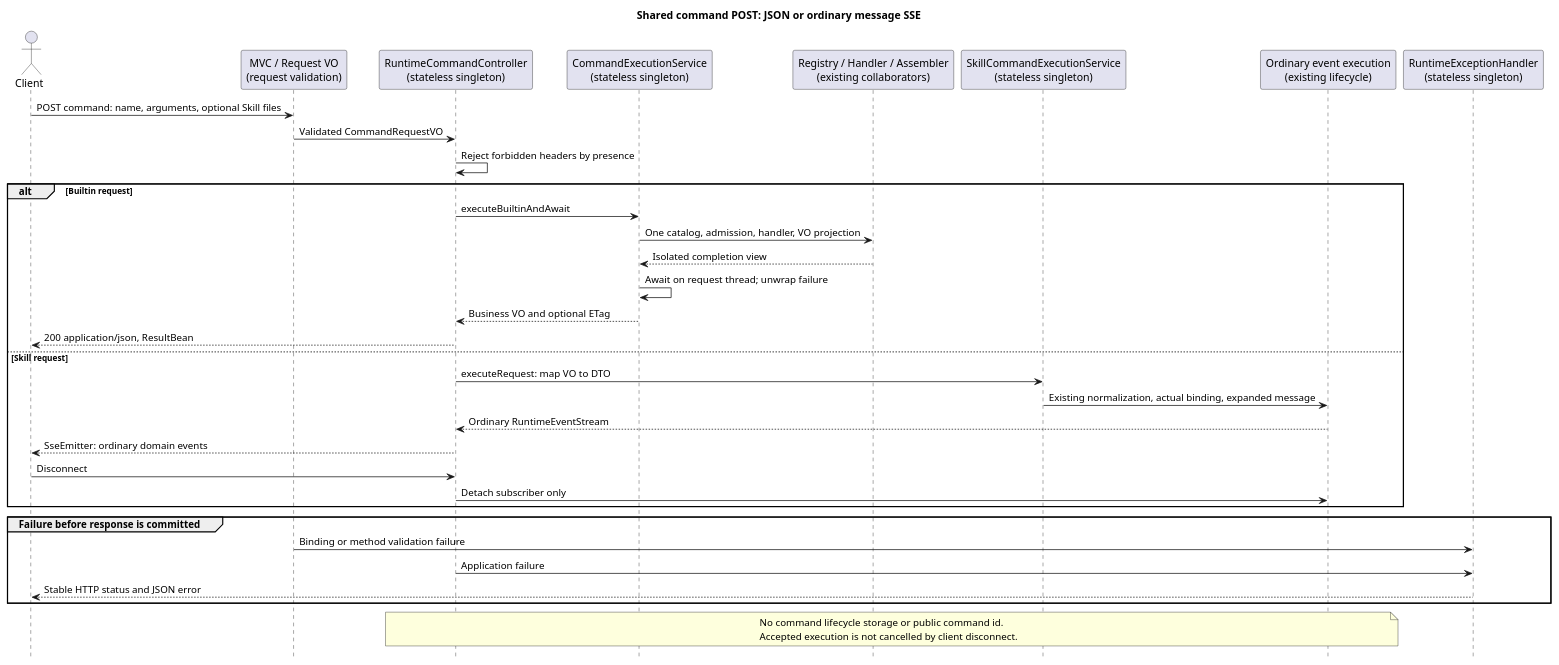
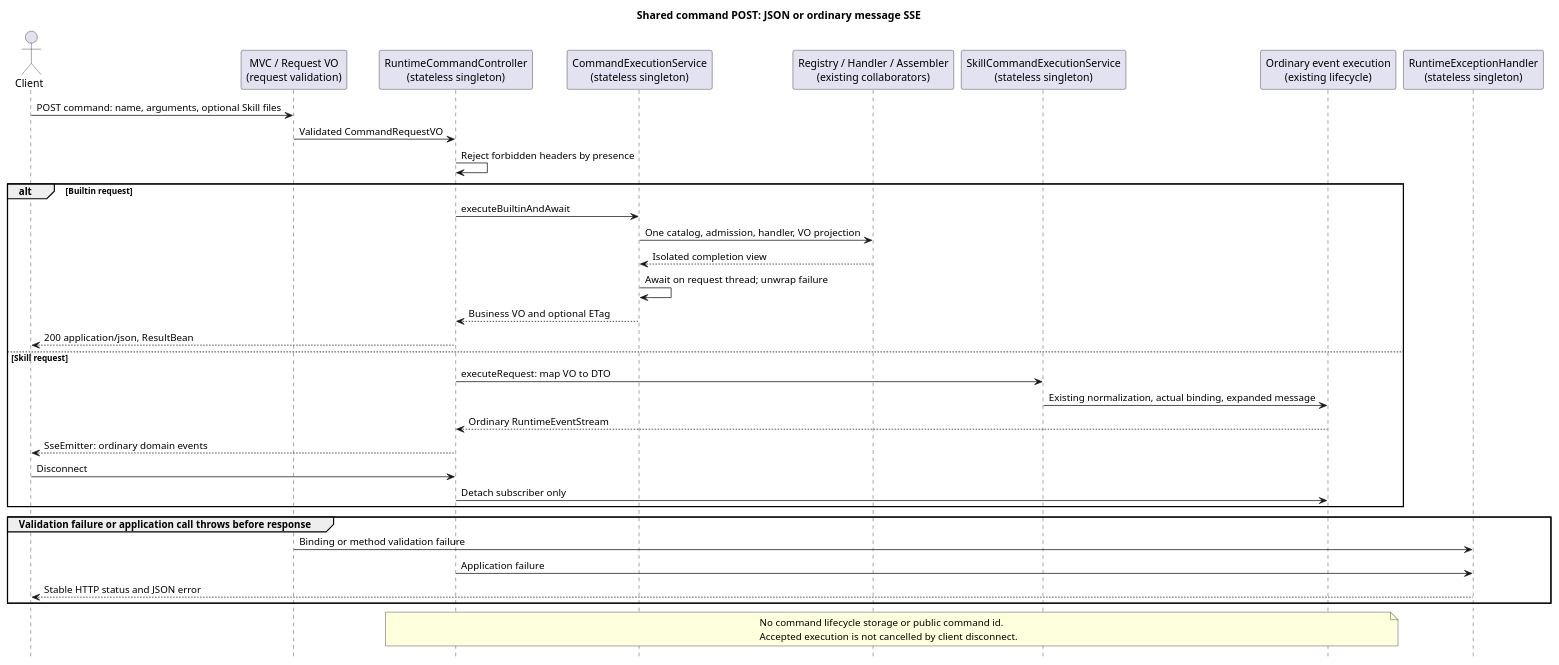
Before and after one commit to 2862282695gjh-afk/pi-mono-java: the diagram in docs/designs/shared-command-http/diagram.puml, drawn with PlantUML. The commit also changed 3 other files, not shown here.

```diff
--- a/docs/designs/shared-command-http/diagram.puml
+++ b/docs/designs/shared-command-http/diagram.puml
@@ -1,51 +1,54 @@
 @startuml shared_command_http
 ' Java baseline: 2f52e9b80c95c5c27141362976b918227b1c5d60
+' modules/coding-agent-cli/src/main/java/com/campusclaw/codingagent/runtimeapi/service/command/CommandExecutionService.java#executeBuiltin
+' modules/coding-agent-cli/src/main/java/com/campusclaw/codingagent/runtimeapi/service/command/skill/SkillCommandExecutionService.java#execute
+' modules/coding-agent-cli/src/main/java/com/campusclaw/codingagent/runtimeapi/web/RuntimeEventController.java#submit
 ' HTTP implementation: 1f0cb7ece4c5228b5d14f89c8072bb528443378f
 ' modules/coding-agent-cli/src/main/java/com/campusclaw/codingagent/runtimeapi/web/RuntimeCommandController.java#execute
 ' modules/coding-agent-cli/src/main/java/com/campusclaw/codingagent/runtimeapi/web/RuntimeExceptionHandler.java#response
-' modules/coding-agent-cli/src/main/java/com/campusclaw/codingagent/runtimeapi/service/command/CommandExecutionService.java#executeBuiltin
-' modules/coding-agent-cli/src/main/java/com/campusclaw/codingagent/runtimeapi/service/command/skill/SkillCommandExecutionService.java#execute
-' modules/coding-agent-cli/src/main/java/com/campusclaw/codingagent/runtimeapi/web/RuntimeEventController.java#submit
+' Integrated main: fd556dce3cfa12e5e834b6e9b8f835f10e7d67c8
+' modules/coding-agent-cli/src/main/java/com/campusclaw/codingagent/runtimeapi/event/RuntimeEventService.java#prepareAndSubmitLocked
+' Observed behavior: accepted Skill startup failures stay on the existing ordinary stream.
 ' Observed behavior: typed requests and both real execution services already exist.
 ' Design reason: connect one public POST without duplicating normalization or execution lifecycle.
 ' Java divergence: structured JSON request, fail-closed errors, no local slash fallback.
 hide footbox
 skinparam shadowing false
 skinparam backgroundColor white
 title Shared command POST: JSON or ordinary message SSE
 actor Client
 participant "MVC / Request VO\n(request validation)" as MVC
 participant "RuntimeCommandController\n(stateless singleton)" as Web
 participant "CommandExecutionService\n(stateless singleton)" as Builtin
 participant "Registry / Handler / Assembler\n(existing collaborators)" as Handlers
 participant "SkillCommandExecutionService\n(stateless singleton)" as Skill
 participant "Ordinary event execution\n(existing lifecycle)" as Events
 participant "RuntimeExceptionHandler\n(stateless singleton)" as Errors
 Client -> MVC: POST command: name, arguments, optional Skill files
 MVC -> Web: Validated CommandRequestVO
 Web -> Web: Reject forbidden headers by presence
 alt Builtin request
   Web -> Builtin: executeBuiltinAndAwait
   Builtin -> Handlers: One catalog, admission, handler, VO projection
   Handlers --> Builtin: Isolated completion view
   Builtin -> Builtin: Await on request thread; unwrap failure
   Builtin --> Web: Business VO and optional ETag
   Web --> Client: 200 application/json, ResultBean
 else Skill request
   Web -> Skill: executeRequest: map VO to DTO
   Skill -> Events: Existing normalization, actual binding, expanded message
   Events --> Web: Ordinary RuntimeEventStream
   Web --> Client: SseEmitter: ordinary domain events
   Client -> Web: Disconnect
   Web -> Events: Detach subscriber only
 end
-group Failure before response is committed
+group Validation failure or application call throws before response
   MVC -> Errors: Binding or method validation failure
   Web -> Errors: Application failure
   Errors --> Client: Stable HTTP status and JSON error
 end
 note over Web,Events
 No command lifecycle storage or public command id.
 Accepted execution is not cancelled by client disconnect.
 end note
 @enduml
```
